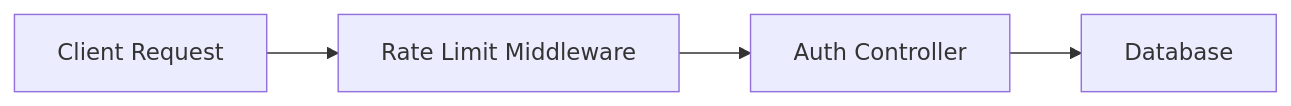
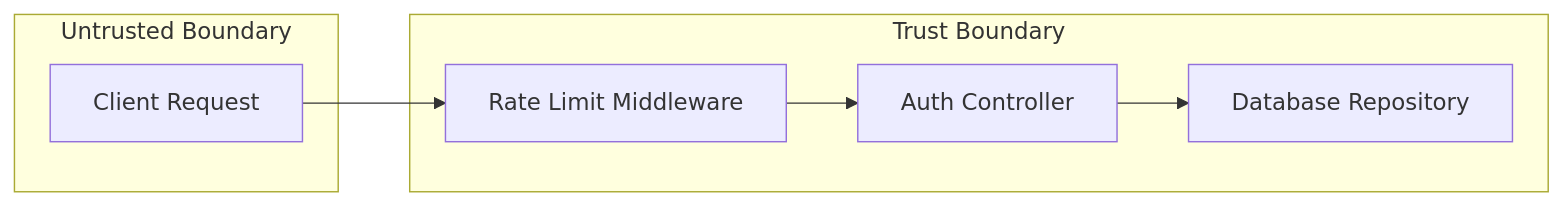
Before and after one commit to minhgv/agy-kit: the diagram in plans/SPEC_TEMPLATE.md, drawn with Mermaid. The commit also changed other lines of this file and 21 other files, not shown here.

````diff
--- a/plans/SPEC_TEMPLATE.md
+++ b/plans/SPEC_TEMPLATE.md
@@ -30,6 +32,11 @@
 ```mermaid
 graph LR
-    A[Client Request] --> B[Rate Limit Middleware]
-    B --> C[Auth Controller]
-    C --> D[Database]
+    subgraph Untrusted Boundary
+        A[Client Request]
+    end
+    subgraph Trust Boundary
+        B[Rate Limit Middleware] --> C[Auth Controller]
+        C --> D[Database Repository]
+    end
+    A --> B
 ```
````
